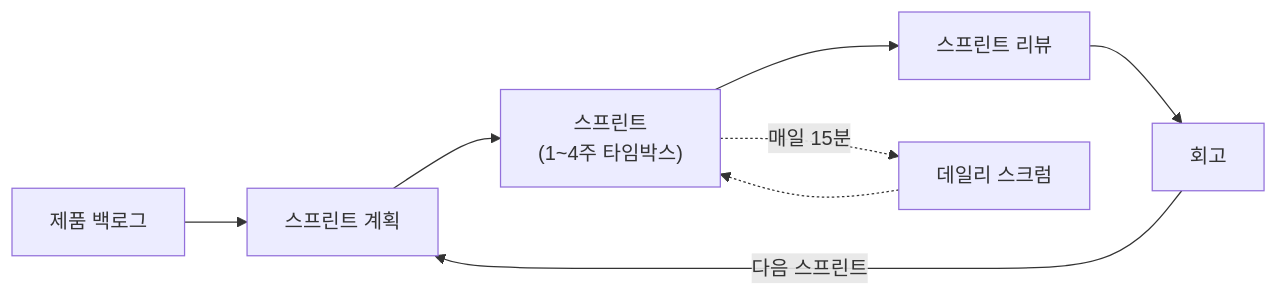
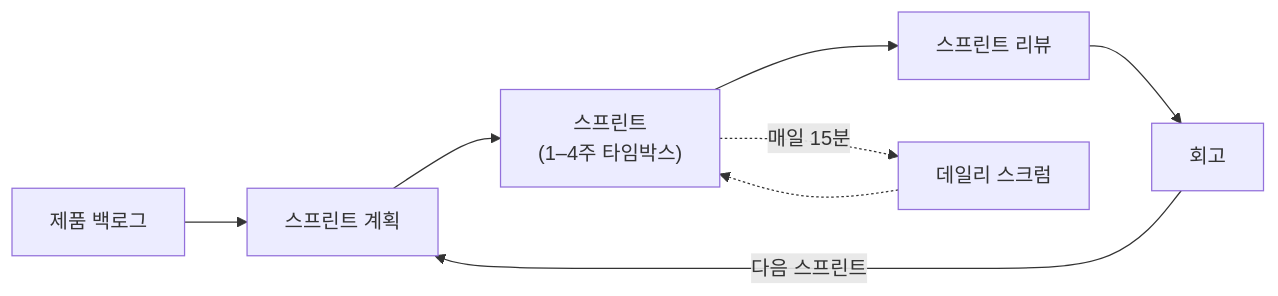
Before and after one commit to rhcwlq89/rhcwlq89.github.io: the second of 2 diagrams in src/content/blog/agile-guide-2.md, drawn with Mermaid. The commit also changed 5 other files, not shown here.

````diff
--- a/src/content/blog/agile-guide-2.md
+++ b/src/content/blog/agile-guide-2.md
@@ -103,10 +103,10 @@
 ```mermaid
 flowchart LR
     PB["제품 백로그"] --> SP["스프린트 계획"]
-    SP --> S["스프린트<br/>(1~4주 타임박스)"]
+    SP --> S["스프린트<br/>(1–4주 타임박스)"]
     S --> SR["스프린트 리뷰"]
     SR --> RE["회고"]
     RE -->|"다음 스프린트"| SP
     S -.->|"매일 15분"| D["데일리 스크럼"]
     D -.-> S
 ```
````
